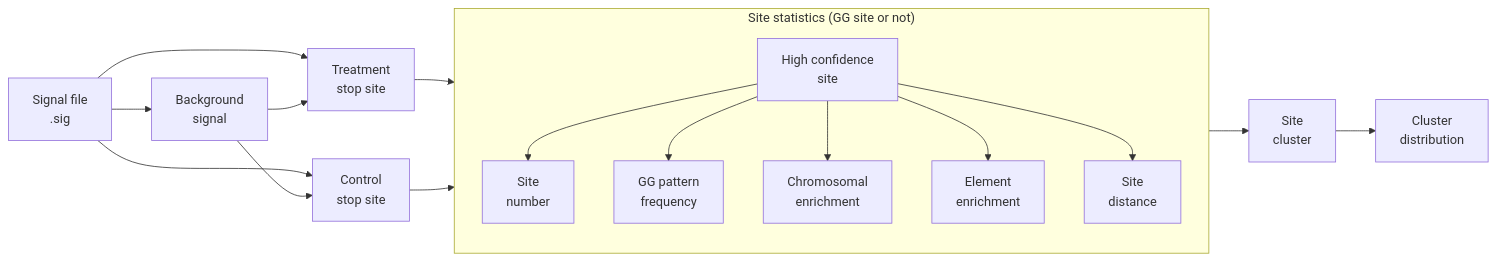
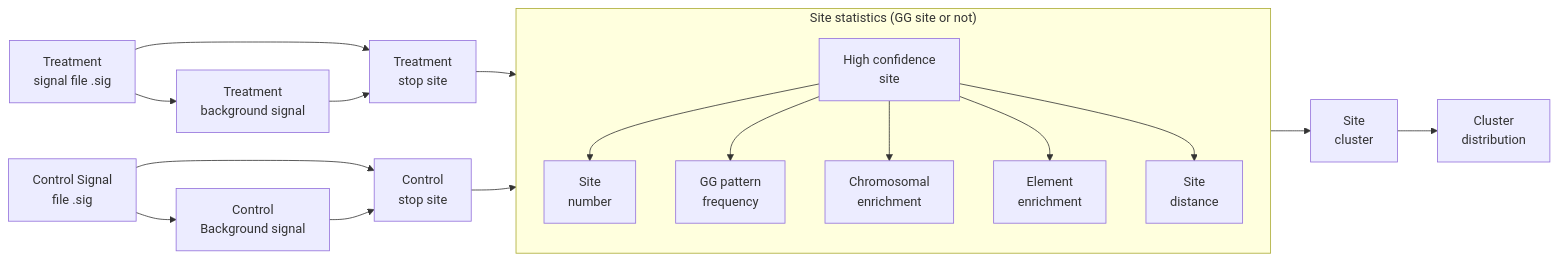
One commit to Wubeizhongxinghua/Pt-seq changed the second of 2 diagrams in README.md. Above: the diagram before and after it, drawn with Mermaid.

Commit message:
update readme: add flowchart

````diff
--- a/README.md
+++ b/README.md
@@ -60,50 +60,58 @@
 ```mermaid
 flowchart LR
-sigfile["Signal file 
-			.sig"]
-backgroundsig["Background 
-signal"]
+trtsigfile["Treatment 
+signal file .sig"]
+trtbackgroundsig["Treatment 
+background signal"]
+ctsigfile["Control Signal 
+file .sig"]
+ctbackgroundsig["Control 
+Background signal"]
+
 stopsitetrt["Treatment
 stop site"]
 stopsitect["Control 
 stop site"]
 hcsite["High confidence 
 site"]
 
 sitenumber["Site 
 number"]
 GGptrn["GG pattern 
 frequency"]
 enrichchr["Chromosomal 
 enrichment"]
 enrichele["Element 
 enrichment"]
 dis["Site 
 distance"]
 
 cluster["Site 
 cluster"]
 clusterpos["Cluster 
 distribution"]
 
-sigfile --> backgroundsig
-sigfile --> stopsitetrt
-backgroundsig --> stopsitetrt
-sigfile --> stopsitect
-backgroundsig --> stopsitect
+trtsigfile --> trtbackgroundsig
+ctsigfile --> ctbackgroundsig
+
+trtsigfile --> stopsitetrt
+trtbackgroundsig --> stopsitetrt
+
+ctsigfile --> stopsitect
+ctbackgroundsig --> stopsitect
 
 stopsitetrt --> hcsite
 stopsitect --> hcsite
 
     subgraph "Site statistics (GG site or not)"
         direction TB
         hcsite --> sitenumber
         hcsite --> GGptrn
         hcsite --> enrichchr
         hcsite --> enrichele
         hcsite --> dis
     end
 
 hcsite --> cluster
 cluster --> clusterpos
 ```
````
